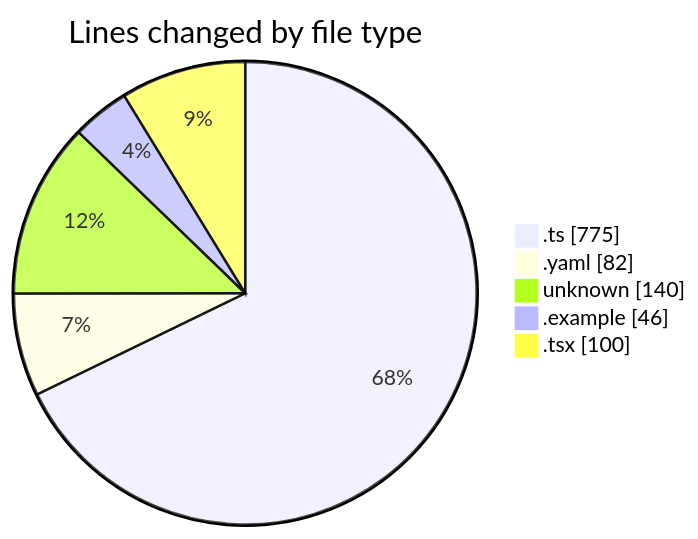
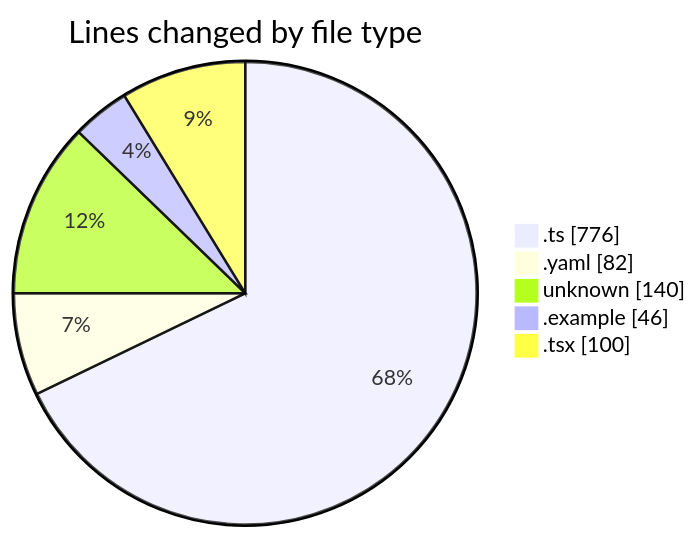
The first of 2 diagrams in 2025-10-01/open-health/README.md (mevix1/code-tracking), drawn with Mermaid before and after one commit. The commit also changed other lines of this file and 1 other file, not shown here.

````diff
--- a/2025-10-01/open-health/README.md
+++ b/2025-10-01/open-health/README.md
@@ -29,9 +29,9 @@
 ```mermaid
 pie showData
 title Lines changed by file type
-".ts" : 775
+".ts" : 776
 ".yaml" : 82
 "unknown" : 140
 ".example" : 46
 ".tsx" : 100
 ```
````
